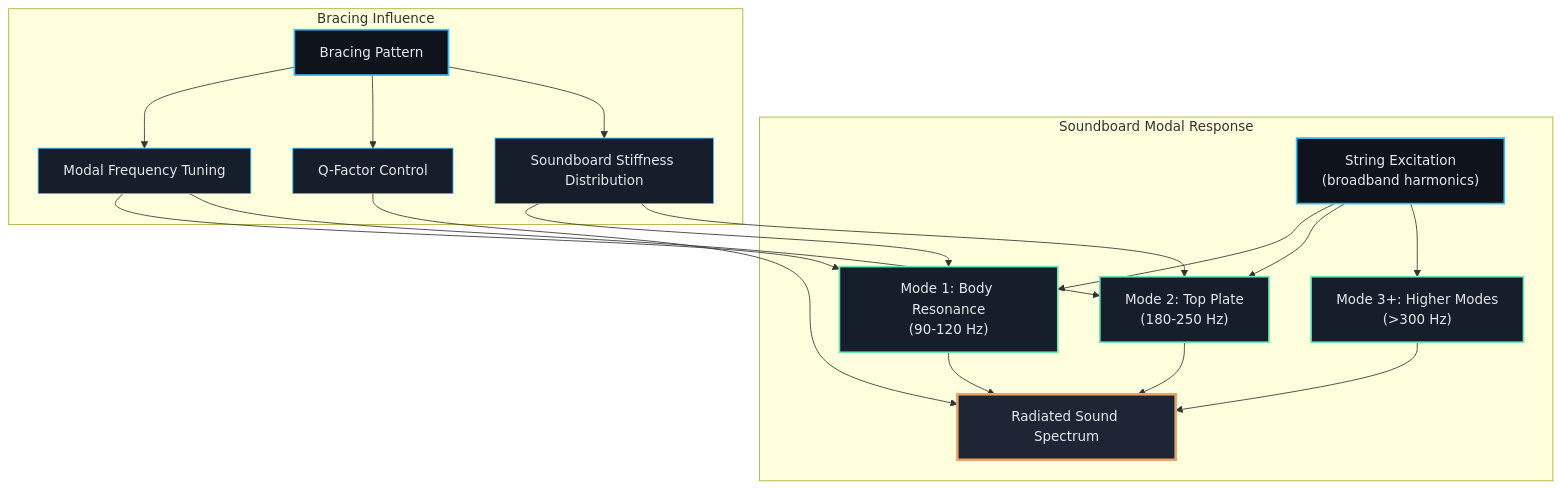
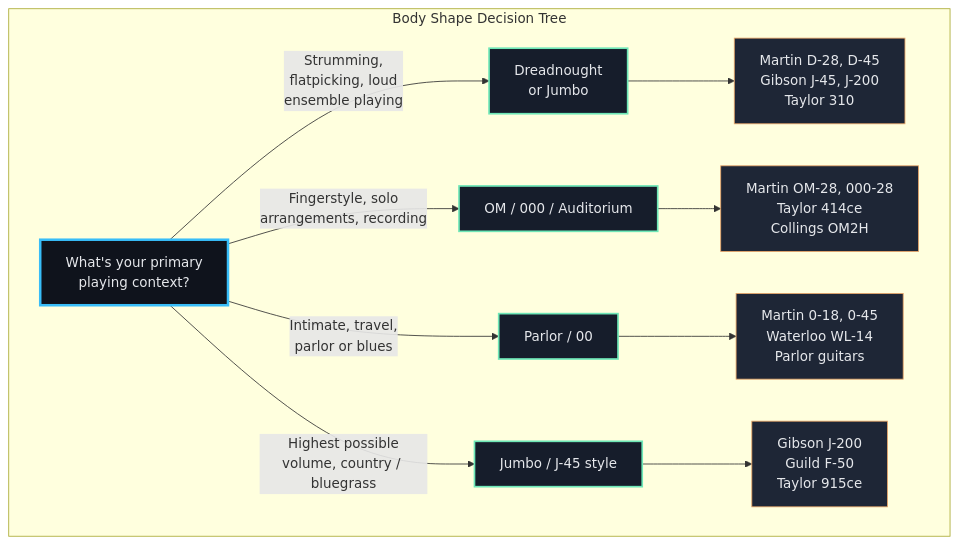
The second of 5 diagrams in topics/arts/music_performance/acoustic_guitar/lesson_01_guitar_anatomy.md (blebleblee/synapse), drawn with Mermaid before and after one commit. The commit also changed other lines of this file and 4 other files, not shown here.

````diff
--- a/topics/arts/music_performance/acoustic_guitar/lesson_01_guitar_anatomy.md
+++ b/topics/arts/music_performance/acoustic_guitar/lesson_01_guitar_anatomy.md
@@ -91,35 +93,26 @@
 ```mermaid
 graph TB
-    subgraph sub_soundboard_modal_response ["Soundboard Modal Response"]
-        A["String Excitation<br/>(broadband harmonics)"]
-        A --> B["Mode 1: Body Resonance<br/>(90-120 Hz)"]
-        A --> C["Mode 2: Top Plate<br/>(180-250 Hz)"]
-        A --> D["Mode 3+: Higher Modes<br/>(&gt;300 Hz)"]
-        
-        B --> E["Radiated Sound Spectrum"]
-        C --> E
-        D --> E
+    subgraph sub_body_shapes ["Body Shape Decision Tree"]
+        A["What's your primary<br/>playing context?"]
+
+        A -->|"Strumming,<br/>flatpicking, loud<br/>ensemble playing"| B["Dreadnought<br/>or Jumbo"]
+        A -->|"Fingerstyle, solo<br/>arrangements, recording"| C["OM / 000 / Auditorium"]
+        A -->|"Intimate, travel,<br/>parlor or blues"| D["Parlor / 00"]
+        A -->|"Highest possible<br/>volume, country / bluegrass"| E["Jumbo / J-45 style"]
+
+        B --> B1["Martin D-28, D-45<br/>Gibson J-45, J-200<br/>Taylor 310"]
+        C --> C1["Martin OM-28, 000-28<br/>Taylor 414ce<br/>Collings OM2H"]
+        D --> D1["Martin 0-18, 0-45<br/>Waterloo WL-14<br/>Parlor guitars"]
+        E --> E1["Gibson J-200<br/>Guild F-50<br/>Taylor 915ce"]
     end
-    
-    subgraph sub_bracing_influence ["Bracing Influence"]
-        F["Bracing Pattern"] --> G["Modal Frequency Tuning"]
-        F --> H["Q-Factor Control"]
-        F --> I["Soundboard Stiffness Distribution"]
-        
-        G --> B
-        G --> C
-        H --> E
-        I --> B
-        I --> C
-    end
-    
-    style A fill:#0F131C,stroke:#38BDF8,stroke-width:2px,color:#E5E7EB
+
+    style A fill:#0F131C,stroke:#38BDF8,stroke-width:3px,color:#E5E7EB
     style B fill:#161D2B,stroke:#6EE7B7,stroke-width:2px,color:#E5E7EB
     style C fill:#161D2B,stroke:#6EE7B7,stroke-width:2px,color:#E5E7EB
     style D fill:#161D2B,stroke:#6EE7B7,stroke-width:2px,color:#E5E7EB
-    style E fill:#1E2636,stroke:#E9A568,stroke-width:3px,color:#E5E7EB
-    style F fill:#0F131C,stroke:#38BDF8,stroke-width:2px,color:#E5E7EB
-    style G fill:#161D2B,stroke:#38BDF8,stroke-width:1px,color:#E5E7EB
-    style H fill:#161D2B,stroke:#38BDF8,stroke-width:1px,color:#E5E7EB
-    style I fill:#161D2B,stroke:#38BDF8,stroke-width:1px,color:#E5E7EB
+    style E fill:#161D2B,stroke:#6EE7B7,stroke-width:2px,color:#E5E7EB
+    style B1 fill:#1E2636,stroke:#E9A568,stroke-width:1px,color:#E5E7EB
+    style C1 fill:#1E2636,stroke:#E9A568,stroke-width:1px,color:#E5E7EB
+    style D1 fill:#1E2636,stroke:#E9A568,stroke-width:1px,color:#E5E7EB
+    style E1 fill:#1E2636,stroke:#E9A568,stroke-width:1px,color:#E5E7EB
 ```
````
